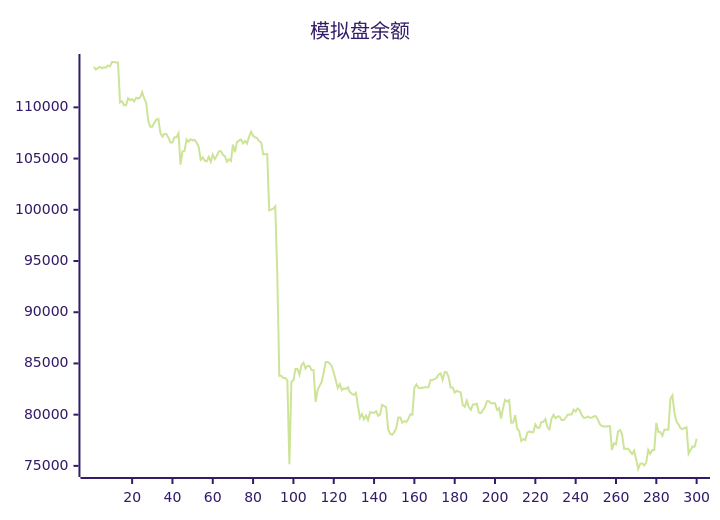
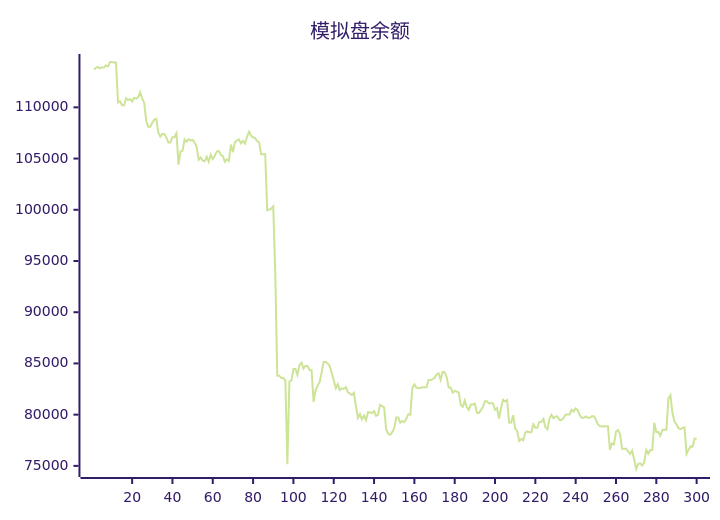
The diagram in README.md (aahl/ai-trading), drawn with Mermaid (forest theme) before and after one commit. The commit also changed other lines of this file and 1 other file, not shown here.

````diff
--- a/README.md
+++ b/README.md
@@ -5,5 +5,5 @@
 ```mermaid
 xychart
     title "模拟盘余额"
-    line [113960,113698,113853,113942,113812,113908,113877,114091,113998,114427,114422,114384,114384,110477,110576,110198,110198,110890,110712,110812,110569,110929,110847,110968,111478,110870,110433,108661,108116,108115,108485,108797,108877,107536,107134,107393,107393,107046,106565,106565,107081,107081,107478,104404,105715,105749,106866,106651,106889,106771,106816,106565,106141,104876,105103,104796,104734,105169,104690,105380,104941,105272,105709,105739,105374,105227,104691,104924,104762,106364,105628,106608,106748,106872,106485,106721,106468,107132,107620,107224,107080,107001,106717,106567,105431,105431,105440,99950,100017,100113,100337,93749,83795,83807,83567,83567,83342,75168,83222,83336,84448,84449,83896,84839,85065,84499,84757,84757,84364,84347,81254,82385,82835,83184,84099,85150,85150,85002,84751,84096,83356,82582,82983,82404,82572,82512,82688,82200,82047,81920,82125,80840,79688,80060,79552,79920,79470,80236,80208,80170,80336,79894,80006,80954,80837,80712,78561,78139,78037,78293,78682,79720,79720,79214,79372,79279,79591,80046,79993,82625,82950,82626,82571,82633,82670,82670,82681,83386,83378,83464,83579,83920,84037,83402,84160,84142,83652,82655,82655,82145,82315,82243,82163,80934,80770,81371,80742,80468,80989,80989,81067,80191,80155,80450,80737,81309,81309,81106,81119,81119,80471,80631,79624,80670,81448,81290,81429,79212,79222,79940,78643,78380,77432,77623,77504,78235,78358,78284,78277,79048,78714,78714,79290,79308,79567,78763,78563,79603,79988,79652,79813,79813,79476,79469,79673,79995,80015,80015,80486,80314,80600,80436,79966,79689,79689,79819,79692,79692,79850,79850,79518,79071,78889,78850,78850,78878,78878,76554,77202,77103,78357,78510,78106,76678,76677,76672,76411,76159,76485,75656,74695,75197,75246,75052,75334,76564,76179,76553,76551,79196,78300,78300,77944,78531,78531,78521,81564,81884,80160,79335,79055,78675,78580,78708,78764,76179,76586,76902,76876,77658]
+    line [113698,113853,113942,113812,113908,113877,114091,113998,114427,114422,114384,114384,110477,110576,110198,110198,110890,110712,110812,110569,110929,110847,110968,111478,110870,110433,108661,108116,108115,108485,108797,108877,107536,107134,107393,107393,107046,106565,106565,107081,107081,107478,104404,105715,105749,106866,106651,106889,106771,106816,106565,106141,104876,105103,104796,104734,105169,104690,105380,104941,105272,105709,105739,105374,105227,104691,104924,104762,106364,105628,106608,106748,106872,106485,106721,106468,107132,107620,107224,107080,107001,106717,106567,105431,105431,105440,99950,100017,100113,100337,93749,83795,83807,83567,83567,83342,75168,83222,83336,84448,84449,83896,84839,85065,84499,84757,84757,84364,84347,81254,82385,82835,83184,84099,85150,85150,85002,84751,84096,83356,82582,82983,82404,82572,82512,82688,82200,82047,81920,82125,80840,79688,80060,79552,79920,79470,80236,80208,80170,80336,79894,80006,80954,80837,80712,78561,78139,78037,78293,78682,79720,79720,79214,79372,79279,79591,80046,79993,82625,82950,82626,82571,82633,82670,82670,82681,83386,83378,83464,83579,83920,84037,83402,84160,84142,83652,82655,82655,82145,82315,82243,82163,80934,80770,81371,80742,80468,80989,80989,81067,80191,80155,80450,80737,81309,81309,81106,81119,81119,80471,80631,79624,80670,81448,81290,81429,79212,79222,79940,78643,78380,77432,77623,77504,78235,78358,78284,78277,79048,78714,78714,79290,79308,79567,78763,78563,79603,79988,79652,79813,79813,79476,79469,79673,79995,80015,80015,80486,80314,80600,80436,79966,79689,79689,79819,79692,79692,79850,79850,79518,79071,78889,78850,78850,78878,78878,76554,77202,77103,78357,78510,78106,76678,76677,76672,76411,76159,76485,75656,74695,75197,75246,75052,75334,76564,76179,76553,76551,79196,78300,78300,77944,78531,78531,78521,81564,81884,80160,79335,79055,78675,78580,78708,78764,76179,76586,76902,76876,77658,77669]
 ```
````
